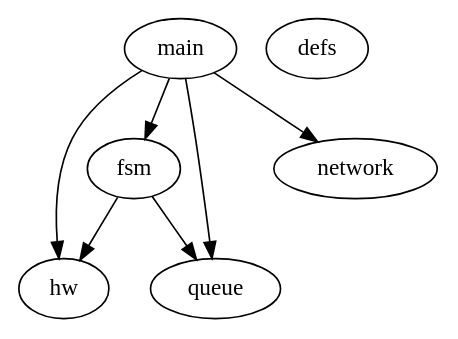
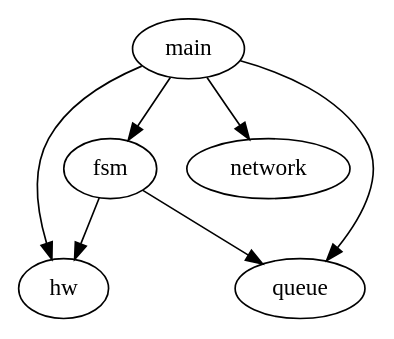
Before and after one commit to mmshabab90/TTK4145-Heis: the diagram in Documentation/dependancy_diagram.gv, drawn with Graphviz. The commit also changed 1 other file, not shown here.

```diff
--- a/Documentation/dependancy_diagram.gv
+++ b/Documentation/dependancy_diagram.gv
@@ -1,9 +1,8 @@
 digraph G {
+	main -> fsm;
 	main -> hw;
-	main -> fsm;
+	main -> network;
 	main -> queue;
-	main -> network;
 	fsm -> hw;
 	fsm -> queue;
-	defs;
 }
```
